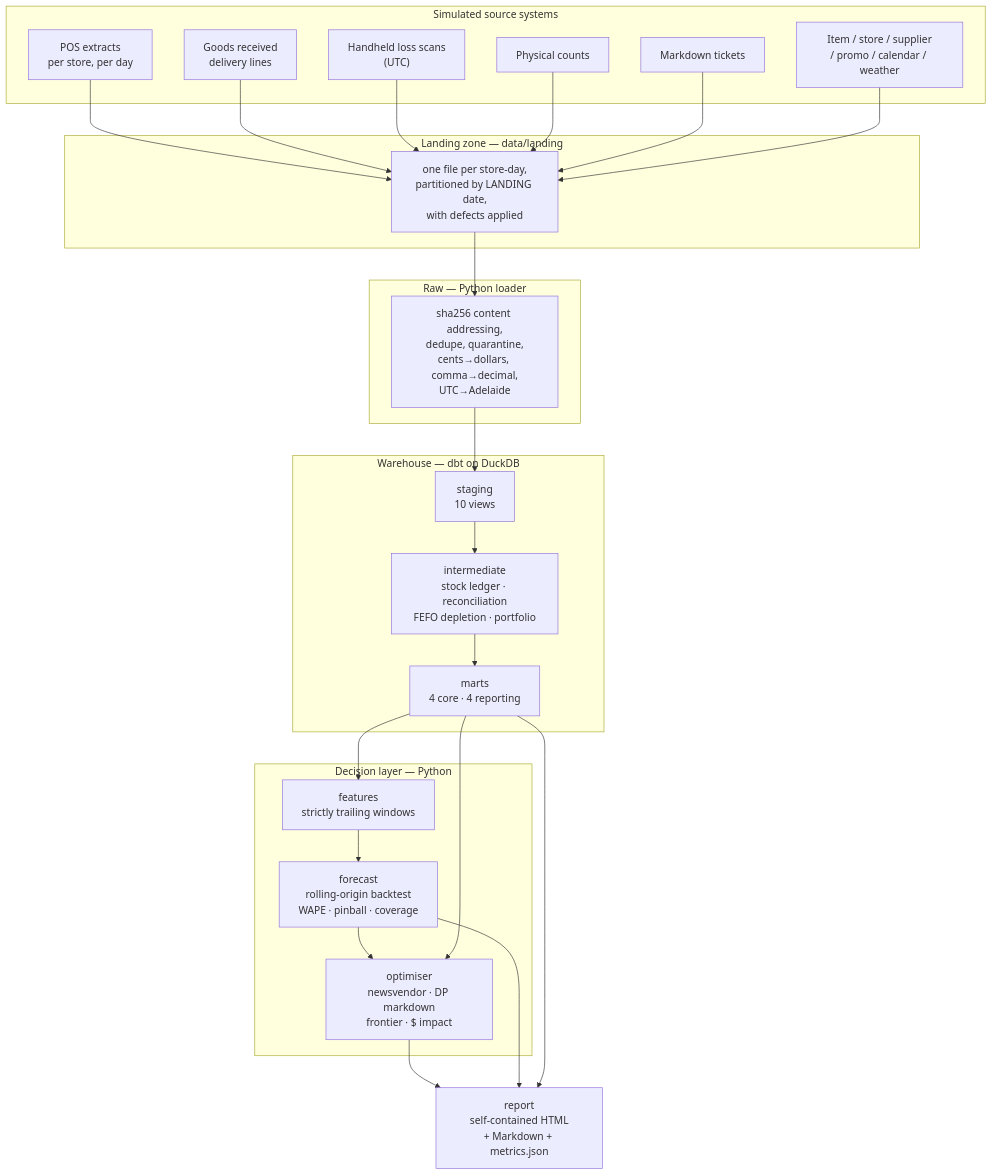
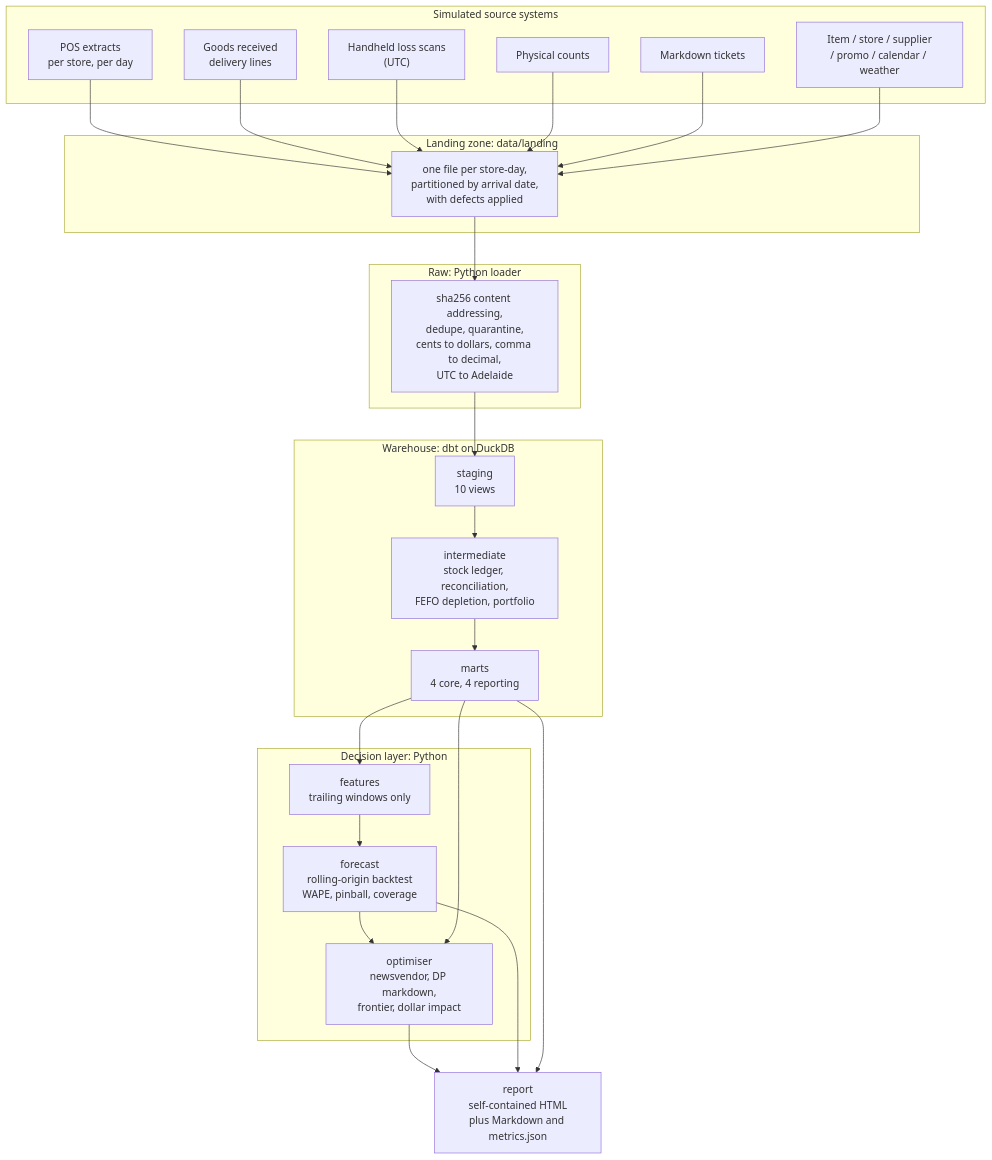
One commit to monsieurkd/fresh-shelf-ops changed the diagram in README.md. Above: the diagram before and after it, drawn with Mermaid. The commit also changed other lines of this file and 60 other files, not shown here.

````diff
--- a/README.md
+++ b/README.md
@@ -55,51 +45,51 @@
 ```mermaid
 flowchart TD
     subgraph sources["Simulated source systems"]
         POS["POS extracts<br/>per store, per day"]
         GRN["Goods received<br/>delivery lines"]
         SCAN["Handheld loss scans<br/>(UTC)"]
         COUNT["Physical counts"]
         TICKET["Markdown tickets"]
         META["Item / store / supplier<br/>/ promo / calendar / weather"]
     end
 
-    subgraph landing["Landing zone — data/landing"]
-        FILES["one file per store-day,<br/>partitioned by LANDING date,<br/>with defects applied"]
+    subgraph landing["Landing zone: data/landing"]
+        FILES["one file per store-day,<br/>partitioned by arrival date,<br/>with defects applied"]
     end
 
-    subgraph raw["Raw — Python loader"]
-        LOAD["sha256 content addressing,<br/>dedupe, quarantine,<br/>cents→dollars, comma→decimal,<br/>UTC→Adelaide"]
+    subgraph raw["Raw: Python loader"]
+        LOAD["sha256 content addressing,<br/>dedupe, quarantine,<br/>cents to dollars, comma to decimal,<br/>UTC to Adelaide"]
     end
 
-    subgraph wh["Warehouse — dbt on DuckDB"]
+    subgraph wh["Warehouse: dbt on DuckDB"]
         STG["staging<br/>10 views"]
-        INT["intermediate<br/>stock ledger · reconciliation<br/>FEFO depletion · portfolio"]
-        MART["marts<br/>4 core · 4 reporting"]
+        INT["intermediate<br/>stock ledger, reconciliation,<br/>FEFO depletion, portfolio"]
+        MART["marts<br/>4 core, 4 reporting"]
     end
 
-    subgraph decide["Decision layer — Python"]
-        FEAT["features<br/>strictly trailing windows"]
-        FC["forecast<br/>rolling-origin backtest<br/>WAPE · pinball · coverage"]
-        OPT["optimiser<br/>newsvendor · DP markdown<br/>frontier · $ impact"]
+    subgraph decide["Decision layer: Python"]
+        FEAT["features<br/>trailing windows only"]
+        FC["forecast<br/>rolling-origin backtest<br/>WAPE, pinball, coverage"]
+        OPT["optimiser<br/>newsvendor, DP markdown,<br/>frontier, dollar impact"]
     end
 
-    OUT["report<br/>self-contained HTML<br/>+ Markdown + metrics.json"]
+    OUT["report<br/>self-contained HTML<br/>plus Markdown and metrics.json"]
 
     POS --> FILES
     GRN --> FILES
     SCAN --> FILES
     COUNT --> FILES
     TICKET --> FILES
     META --> FILES
     FILES --> LOAD
     LOAD --> STG
     STG --> INT
     INT --> MART
     MART --> FEAT
     FEAT --> FC
     FC --> OPT
     MART --> OPT
     OPT --> OUT
     FC --> OUT
     MART --> OUT
 ```
````
